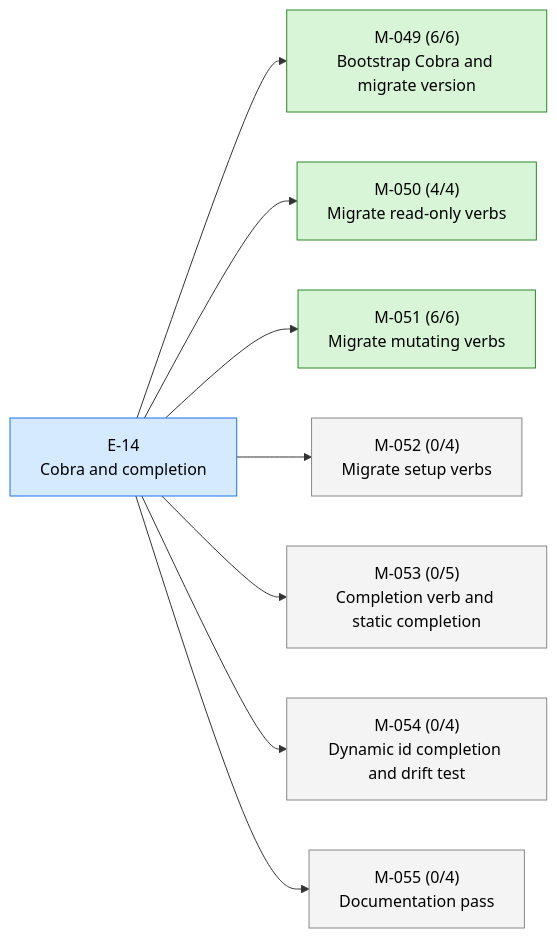
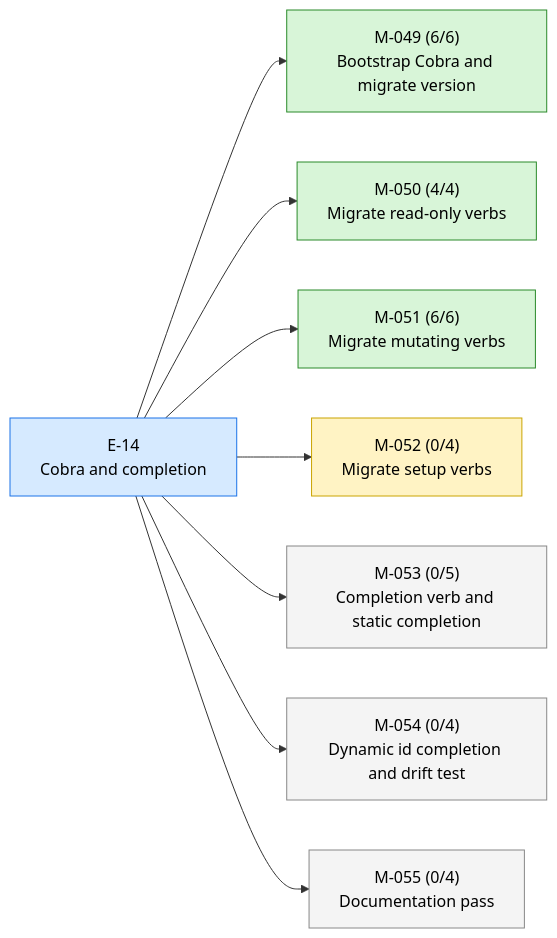
Before and after one commit to 23min/aiwf: the first of 2 diagrams in STATUS.md, drawn with Mermaid. The commit also changed other lines of this file and 1 other file, not shown here.

First line of the commit message:
aiwf promote M-052 draft -> in_progress

````diff
--- a/STATUS.md
+++ b/STATUS.md
@@ -17,24 +17,24 @@
 ```mermaid
 flowchart LR
   E_14["E-14<br/>Cobra and completion"]:::epic_active
   M_049["M-049 (6/6)<br/>Bootstrap Cobra and migrate version"]:::ms_done
   E_14 --> M_049
   M_050["M-050 (4/4)<br/>Migrate read-only verbs"]:::ms_done
   E_14 --> M_050
   M_051["M-051 (6/6)<br/>Migrate mutating verbs"]:::ms_done
   E_14 --> M_051
-  M_052["M-052 (0/4)<br/>Migrate setup verbs"]:::ms_draft
+  M_052["M-052 (0/4)<br/>Migrate setup verbs"]:::ms_in_progress
   E_14 --> M_052
   M_053["M-053 (0/5)<br/>Completion verb and static completion"]:::ms_draft
   E_14 --> M_053
   M_054["M-054 (0/4)<br/>Dynamic id completion and drift test"]:::ms_draft
   E_14 --> M_054
   M_055["M-055 (0/4)<br/>Documentation pass"]:::ms_draft
   E_14 --> M_055
   classDef epic_active fill:#d6eaff,stroke:#1a73e8,color:#000
   classDef epic_proposed fill:#f4f4f4,stroke:#888,color:#000
   classDef ms_done fill:#d8f5d8,stroke:#2a8a2a,color:#000
   classDef ms_in_progress fill:#fff3c4,stroke:#caa400,color:#000
   classDef ms_draft fill:#f4f4f4,stroke:#888,color:#000
   classDef ms_cancelled fill:#fbeaea,stroke:#c33,color:#000
 ```
````
